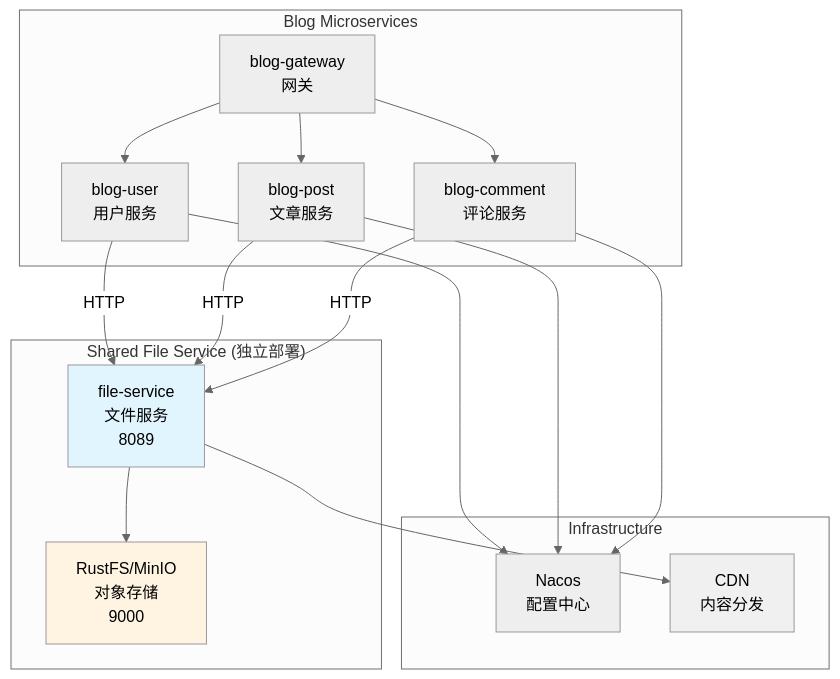
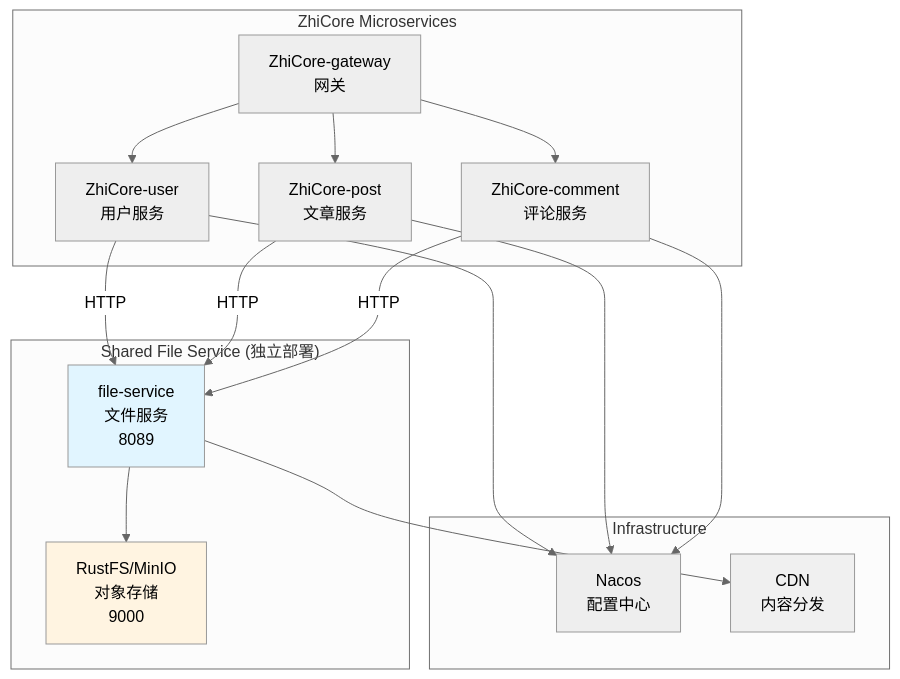
One commit to architectcgz/zhicore changed the first of 3 diagrams in .kiro/specs/file-service-integration/design.md. Above: the diagram before and after it, drawn with Mermaid (neutral theme). The commit also changed other lines of this file and 1789 other files, not shown here.

````diff
--- a/.kiro/specs/file-service-integration/design.md
+++ b/.kiro/specs/file-service-integration/design.md
@@ -29,35 +29,35 @@
 ```mermaid
 graph TB
-    subgraph "Blog Microservices"
-        A[blog-user<br/>用户服务]
-        B[blog-post<br/>文章服务]
-        C[blog-comment<br/>评论服务]
-        D[blog-gateway<br/>网关]
+    subgraph "ZhiCore Microservices"
+        A[ZhiCore-user<br/>用户服务]
+        B[ZhiCore-post<br/>文章服务]
+        C[ZhiCore-comment<br/>评论服务]
+        D[ZhiCore-gateway<br/>网关]
     end
     
     subgraph "Shared File Service (独立部署)"
         E[file-service<br/>文件服务<br/>8089]
         F[RustFS/MinIO<br/>对象存储<br/>9000]
     end
     
     subgraph "Infrastructure"
         G[Nacos<br/>配置中心]
         H[CDN<br/>内容分发]
     end
     
     D --> A
     D --> B
     D --> C
     A -->|HTTP| E
     B -->|HTTP| E
     C -->|HTTP| E
     E --> F
     E --> H
     A --> G
     B --> G
     C --> G
     
     style E fill:#e1f5ff
     style F fill:#fff4e1
     style H fill:#f0f0f0
 ```
````
